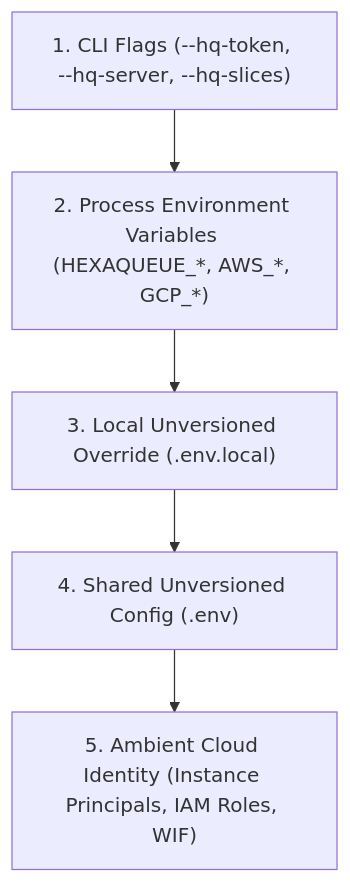
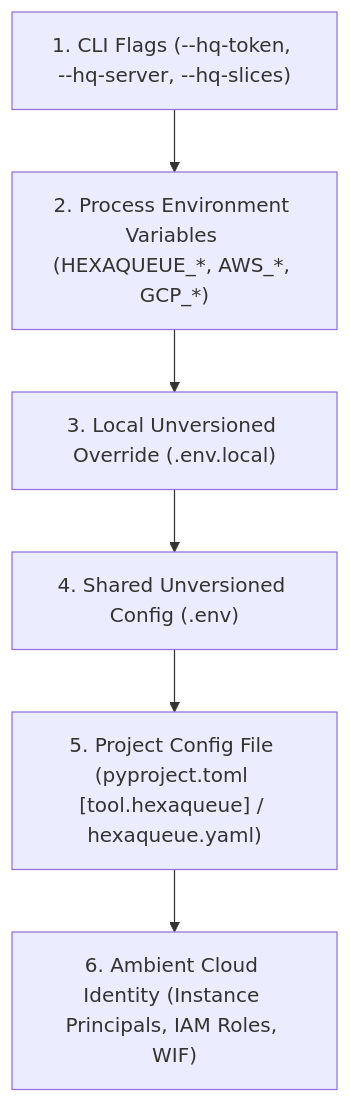
The second of 2 diagrams in docs/guides/authentication-and-secrets.md (TheTrueSCU/hexaqueue), drawn with Mermaid before and after one commit. The commit also changed other lines of this file and 12 other files, not shown here.

````diff
--- a/docs/guides/authentication-and-secrets.md
+++ b/docs/guides/authentication-and-secrets.md
@@ -163,8 +163,9 @@
 ```mermaid
 flowchart TD
     L1["1. CLI Flags (--hq-token, --hq-server, --hq-slices)"] --> L2
     L2["2. Process Environment Variables (HEXAQUEUE_*, AWS_*, GCP_*)"] --> L3
     L3["3. Local Unversioned Override (.env.local)"] --> L4
     L4["4. Shared Unversioned Config (.env)"] --> L5
-    L5["5. Ambient Cloud Identity (Instance Principals, IAM Roles, WIF)"]
+    L5["5. Project Config File (pyproject.toml [tool.hexaqueue] / hexaqueue.yaml)"] --> L6
+    L6["6. Ambient Cloud Identity (Instance Principals, IAM Roles, WIF)"]
 ```
````
